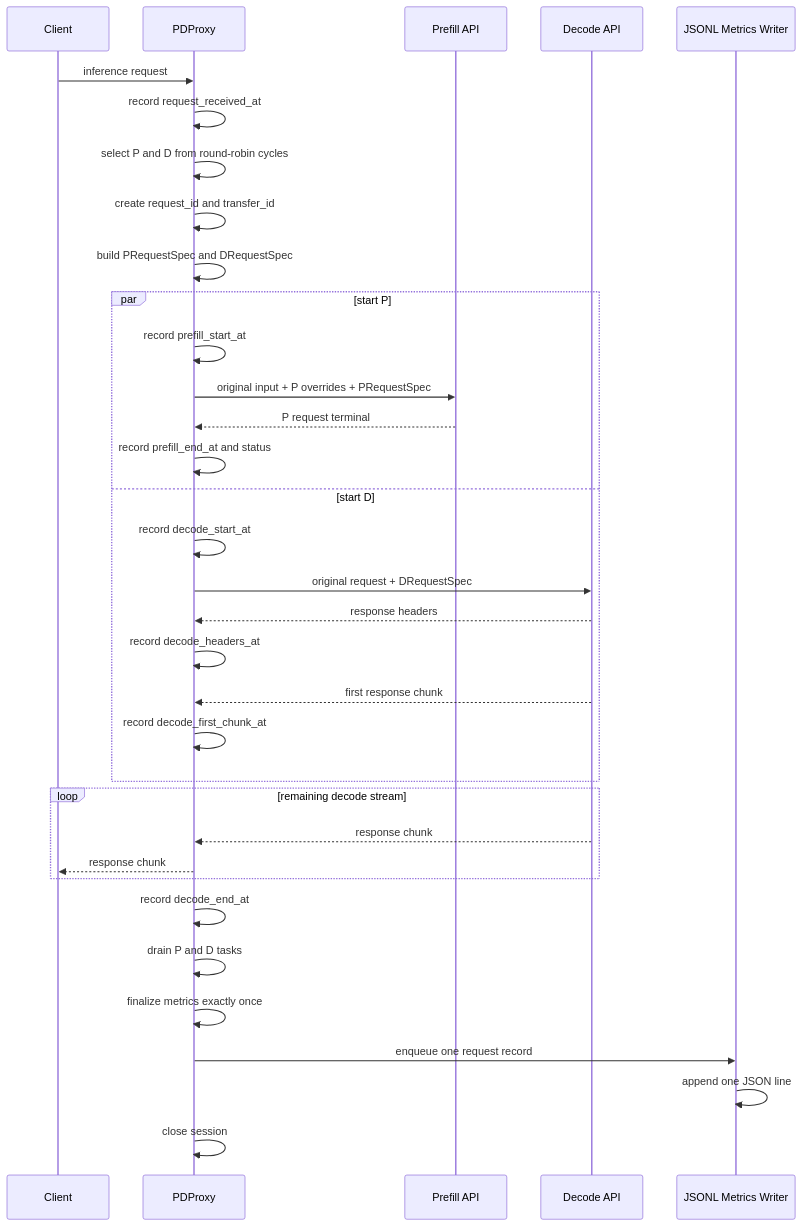
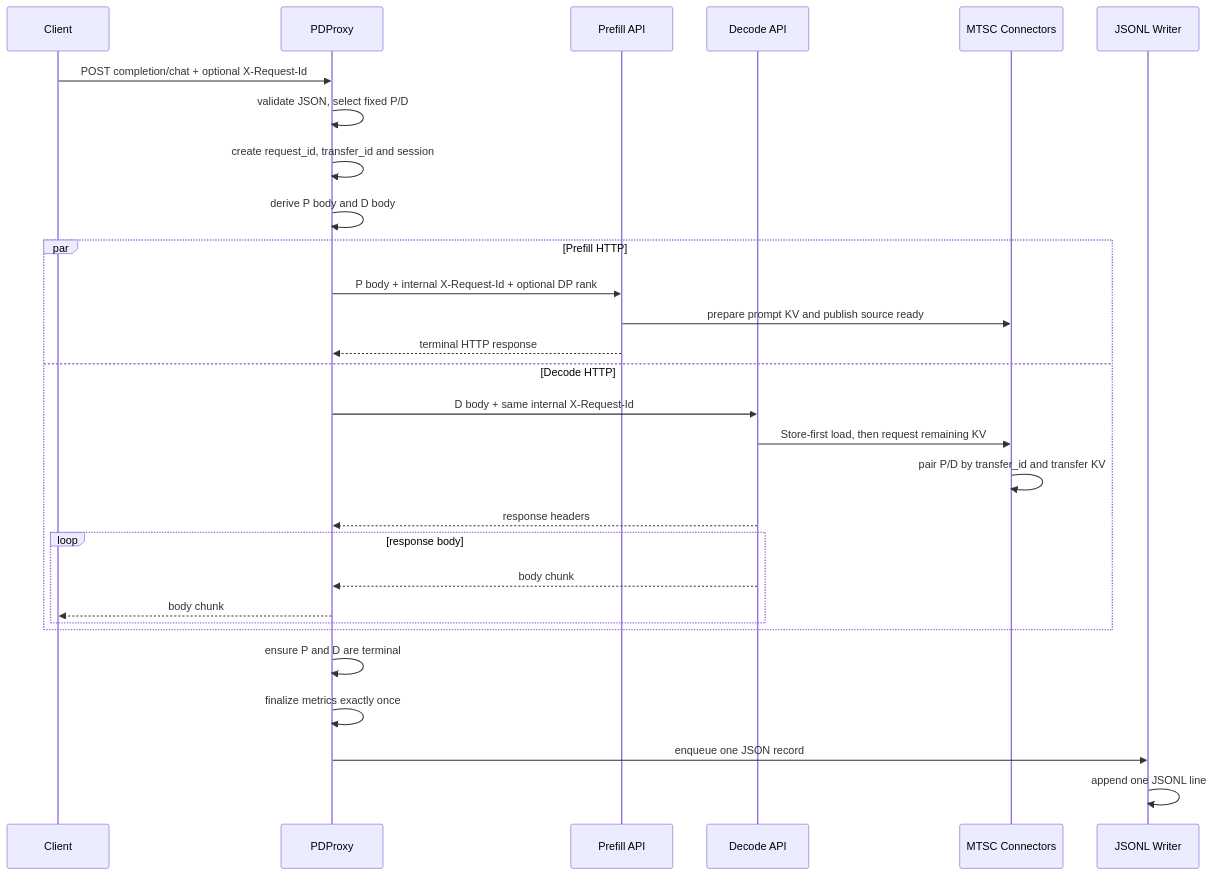
Before and after one commit to WangSu-X/MTSC: the third of 3 diagrams in docs/design/S01-proxy设计.md, drawn with Mermaid. The commit also changed other lines of this file and 5 other files, not shown here.

````diff
--- a/docs/design/S01-proxy设计.md
+++ b/docs/design/S01-proxy设计.md
@@ -204,37 +215,34 @@
 ```mermaid
 sequenceDiagram
     participant C as Client
     participant X as PDProxy
     participant P as Prefill API
     participant D as Decode API
-    participant M as JSONL Metrics Writer
+    participant MC as MTSC Connectors
+    participant M as JSONL Writer
 
-    C->>X: inference request
-    X->>X: record request_received_at
-    X->>X: select P and D from round-robin cycles
-    X->>X: create request_id and transfer_id
-    X->>X: build PRequestSpec and DRequestSpec
-    par start P
-        X->>X: record prefill_start_at
-        X->>P: original input + P overrides + PRequestSpec
-        P-->>X: P request terminal
-        X->>X: record prefill_end_at and status
-    and start D
-        X->>X: record decode_start_at
-        X->>D: original request + DRequestSpec
+    C->>X: POST completion/chat + optional X-Request-Id
+    X->>X: validate JSON, select fixed P/D
+    X->>X: create request_id, transfer_id and session
+    X->>X: derive P body and D body
+
+    par Prefill HTTP
+        X->>P: P body + internal X-Request-Id + optional DP rank
+        P->>MC: prepare prompt KV and publish source ready
+        P-->>X: terminal HTTP response
+    and Decode HTTP
+        X->>D: D body + same internal X-Request-Id
+        D->>MC: Store-first load, then request remaining KV
+        MC->>MC: pair P/D by transfer_id and transfer KV
         D-->>X: response headers
-        X->>X: record decode_headers_at
-        D-->>X: first response chunk
-        X->>X: record decode_first_chunk_at
+        loop response body
+            D-->>X: body chunk
+            X-->>C: body chunk
+        end
     end
-    loop remaining decode stream
-        D-->>X: response chunk
-        X-->>C: response chunk
-    end
-    X->>X: record decode_end_at
-    X->>X: drain P and D tasks
+
+    X->>X: ensure P and D are terminal
     X->>X: finalize metrics exactly once
-    X->>M: enqueue one request record
-    M->>M: append one JSON line
-    X->>X: close session
+    X->>M: enqueue one JSON record
+    M->>M: append one JSONL line
 ```
````
